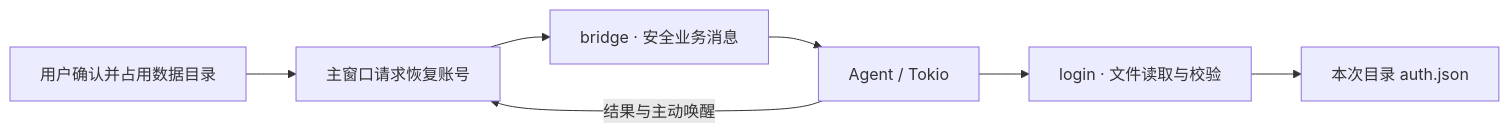
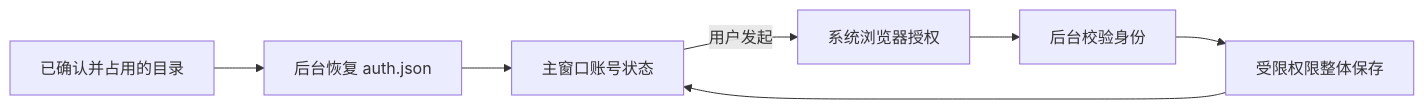
The diagram in docs/design/login.md (slc90/Agentelier), drawn with Mermaid before and after one commit. The commit also changed other lines of this file and 26 other files, not shown here.

First line of the commit message:
Add ChatGPT browser login with protected credential storage

````diff
--- a/docs/design/login.md
+++ b/docs/design/login.md
@@ -5,9 +5,9 @@
 ```mermaid
 flowchart LR
-    Directory["用户确认并占用数据目录"] --> App["主窗口请求恢复账号"]
-    App --> Bridge["bridge · 安全业务消息"]
-    Bridge --> Agent["Agent / Tokio"]
-    Agent --> Login["login · 文件读取与校验"]
-    Login --> File["本次目录 auth.json"]
-    Agent -->|结果与主动唤醒| App
+    Directory["已确认并占用的目录"] --> Restore["后台恢复 auth.json"]
+    Restore --> UI["主窗口账号状态"]
+    UI -->|用户发起| Browser["系统浏览器授权"]
+    Browser --> Verify["后台校验身份"]
+    Verify --> Save["受限权限整体保存"]
+    Save --> UI
 ```
````
